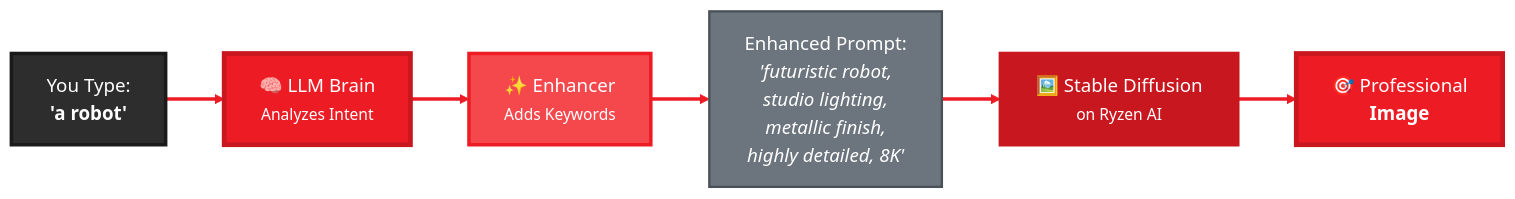
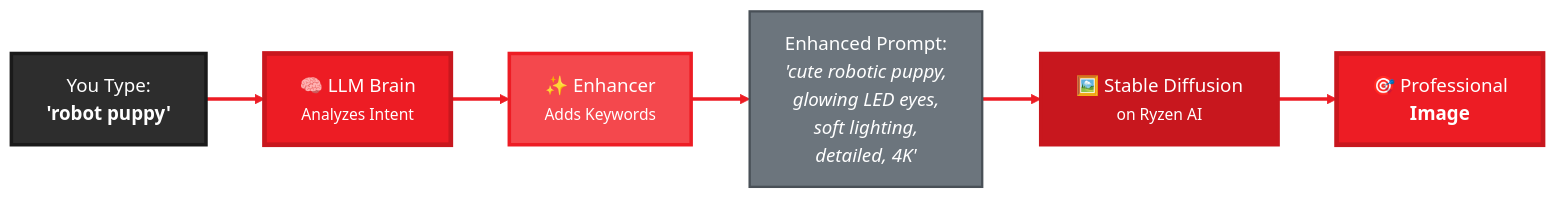
The diagram in docs/guides/sd.mdx (amd/gaia), drawn with Mermaid before and after one commit. The commit also changed other lines of this file and 6 other files, not shown here.

````diff
--- a/docs/guides/sd.mdx
+++ b/docs/guides/sd.mdx
@@ -22,22 +22,22 @@
 ```mermaid
 %%{init: {'theme':'base', 'themeVariables': { 'primaryColor':'#ED1C24', 'primaryTextColor':'#fff', 'primaryBorderColor':'#C8171E', 'lineColor':'#F4484D', 'secondaryColor':'#2d2d2d', 'tertiaryColor':'#f5f5f5', 'fontSize':'16px', 'fontFamily': 'system-ui, -apple-system, sans-serif'}}}%%
 graph LR
-    A["You Type:<br/><b>'a robot'</b>"] --> B["🧠 LLM Brain<br/><small>Analyzes Intent</small>"]
+    A["You Type:<br/><b>'robot puppy'</b>"] --> B["🧠 LLM Brain<br/><small>Analyzes Intent</small>"]
 
     B --> C["✨ Enhancer<br/><small>Adds Keywords</small>"]
 
-    C --> D["Enhanced Prompt:<br/><i>'futuristic robot,<br/>studio lighting,<br/>metallic finish,<br/>highly detailed, 8K'</i>"]
+    C --> D["Enhanced Prompt:<br/><i>'cute robotic puppy,<br/>glowing LED eyes,<br/>soft lighting,<br/>detailed, 4K'</i>"]
 
     D --> E["🖼️ Stable Diffusion<br/><small>on Ryzen AI</small>"]
 
     E --> F["🎯 Professional<br/><b>Image</b>"]
 
     style A fill:#2d2d2d,stroke:#1a1a1a,stroke-width:3px,color:#fff
     style B fill:#ED1C24,stroke:#C8171E,stroke-width:4px,color:#fff
     style C fill:#F4484D,stroke:#ED1C24,stroke-width:3px,color:#fff
     style D fill:#6c757d,stroke:#495057,stroke-width:2px,color:#fff
     style E fill:#C8171E,stroke:#C8171E,stroke-width:3px,color:#fff
     style F fill:#ED1C24,stroke:#C8171E,stroke-width:4px,color:#fff
 
     linkStyle 0,1,2,3,4 stroke:#ED1C24,stroke-width:3px
 ```
````
